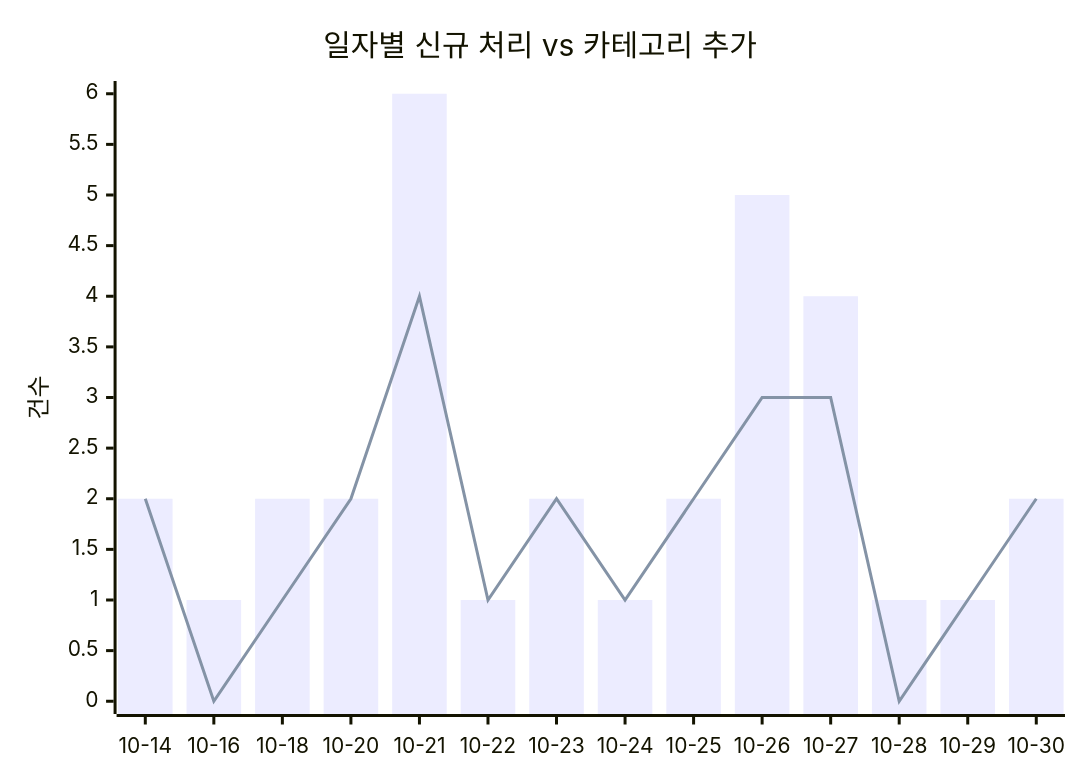
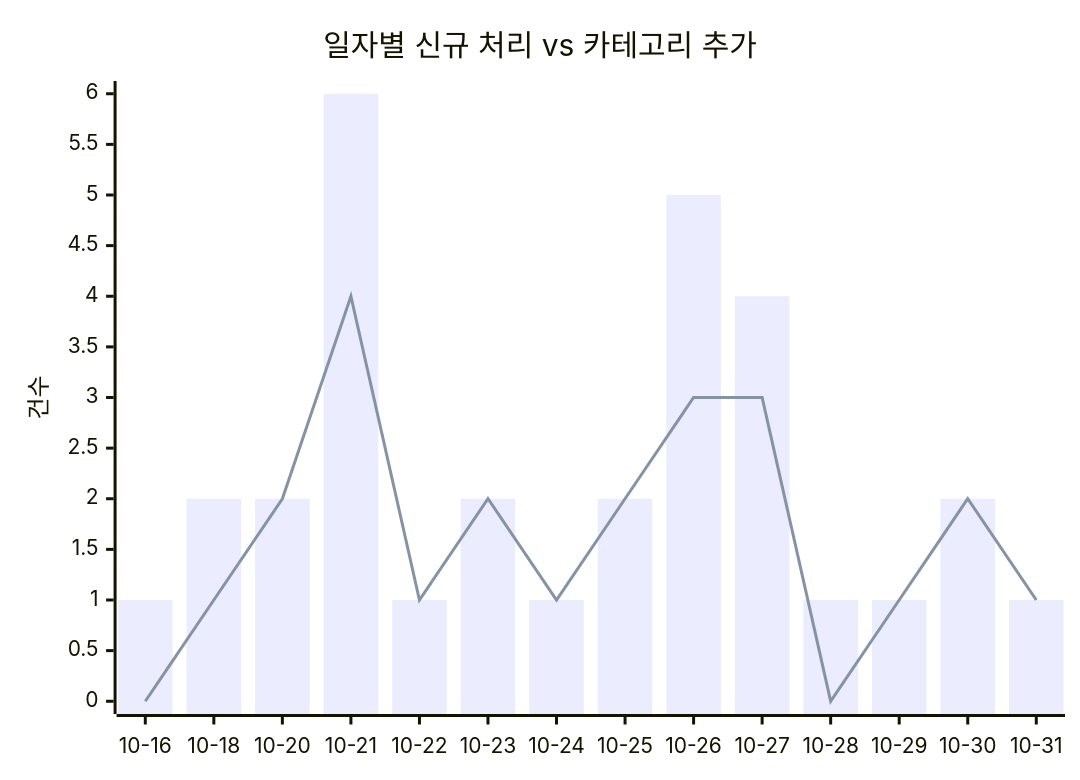
The first of 2 diagrams in docs/trends.md (J-nowcow/awesome-korean-agent-skills), drawn with Mermaid before and after one commit. The commit also changed other lines of this file and 3 other files, not shown here.

````diff
--- a/docs/trends.md
+++ b/docs/trends.md
@@ -32,8 +32,8 @@
 ```mermaid
 xychart-beta
     title "일자별 신규 처리 vs 카테고리 추가"
-    x-axis ["10-14","10-16","10-18","10-20","10-21","10-22","10-23","10-24","10-25","10-26","10-27","10-28","10-29","10-30"]
+    x-axis ["10-16","10-18","10-20","10-21","10-22","10-23","10-24","10-25","10-26","10-27","10-28","10-29","10-30","10-31"]
     y-axis "건수"
-    bar [2,1,2,2,6,1,2,1,2,5,4,1,1,2]
-    line [2,0,1,2,4,1,2,1,2,3,3,0,1,2]
+    bar [1,2,2,6,1,2,1,2,5,4,1,1,2,1]
+    line [0,1,2,4,1,2,1,2,3,3,0,1,2,1]
 ```
````
